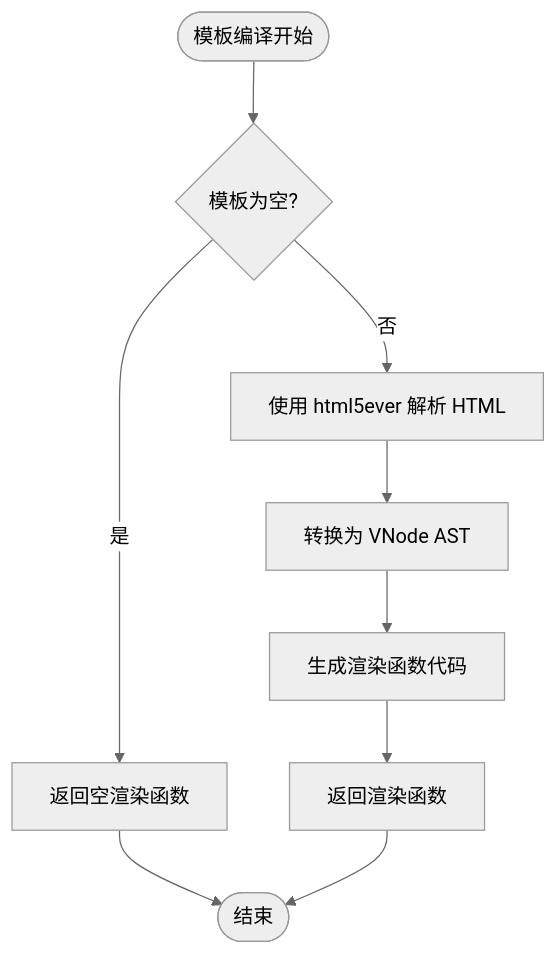
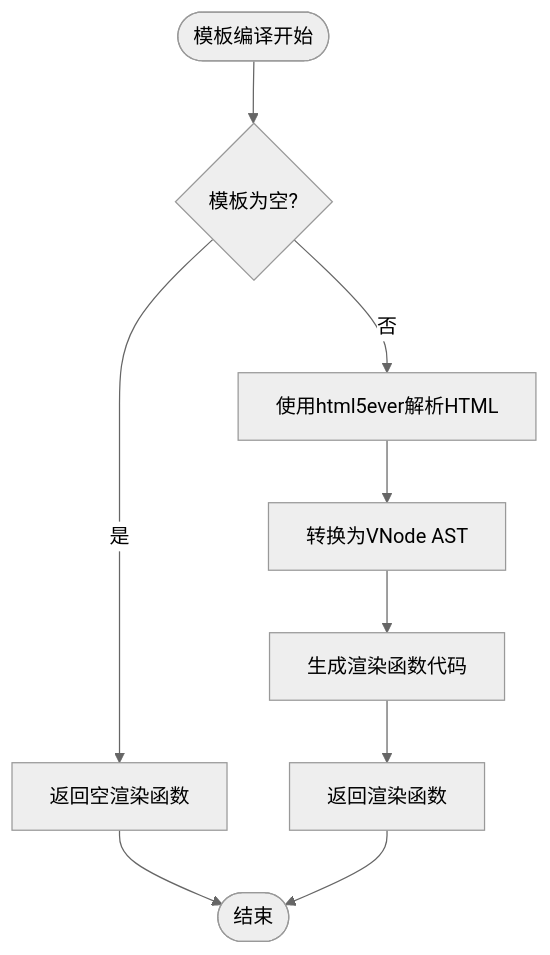
One commit to itszzl-sudo/iris changed the sixth of 23 diagrams in .qoder/repowiki/zh/content/技术架构详解/即时转译系统/SFC编译器初始化机制/SFC编译器初始化机制.md. Above: the diagram before and after it, drawn with Mermaid (neutral theme). The commit also changed other lines of this file and 7 other files, not shown here.

````diff
--- a/.qoder/repowiki/zh/content/技术架构详解/即时转译系统/SFC编译器初始化机制/SFC编译器初始化机制.md
+++ b/.qoder/repowiki/zh/content/技术架构详解/即时转译系统/SFC编译器初始化机制/SFC编译器初始化机制.md
@@ -321,11 +322,11 @@
 ```mermaid
 flowchart TD
 Start([模板编译开始]) --> CheckEmpty{"模板为空?"}
 CheckEmpty --> |是| ReturnNull["返回空渲染函数"]
-CheckEmpty --> |否| ParseHTML["使用 html5ever 解析 HTML"]
-ParseHTML --> ConvertDOM["转换为 VNode AST"]
+CheckEmpty --> |否| ParseHTML["使用html5ever解析HTML"]
+ParseHTML --> ConvertDOM["转换为VNode AST"]
 ConvertDOM --> GenerateCode["生成渲染函数代码"]
 GenerateCode --> ReturnResult["返回渲染函数"]
 ReturnNull --> End([结束])
 ReturnResult --> End
 ```
````
